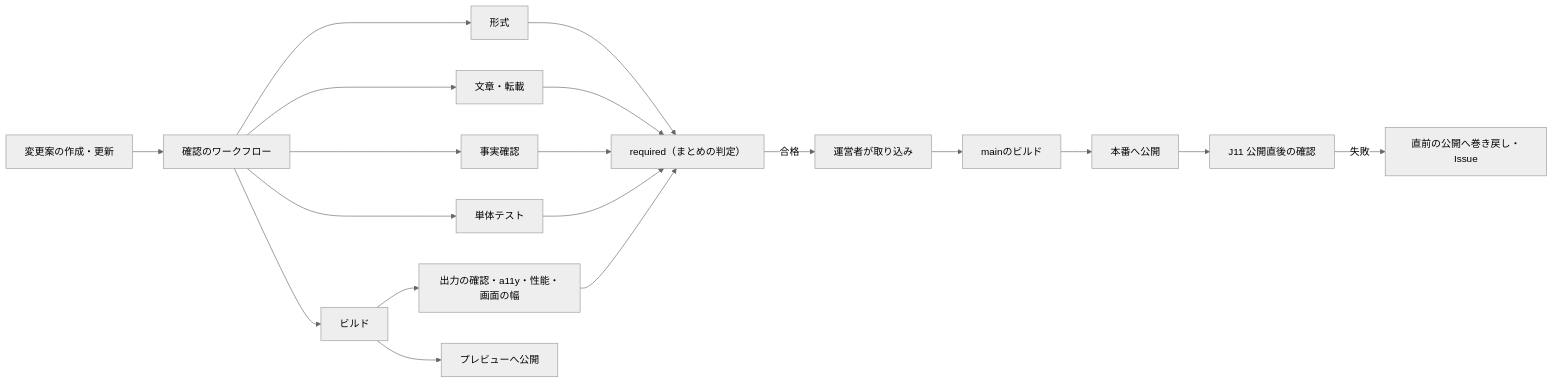
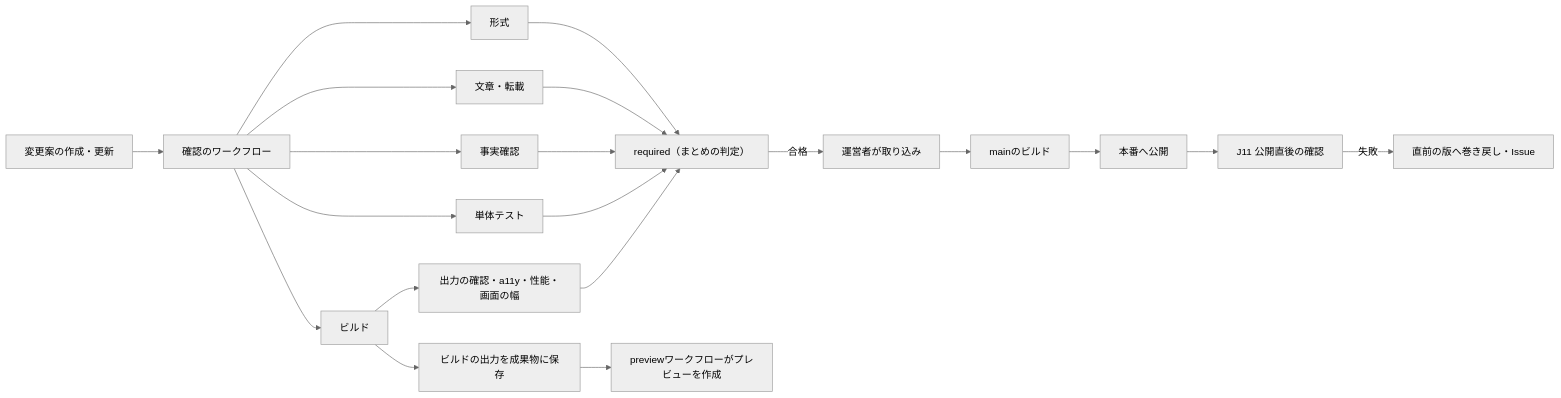
Before and after one commit to SemiCompass/semicompass: the fifth of 9 diagrams in docs/アーキテクチャ設計書_第1段階_第1.0版.md, drawn with Mermaid (neutral theme). The commit also changed other lines of this file and 2 other files, not shown here.

````diff
--- a/docs/アーキテクチャ設計書_第1段階_第1.0版.md
+++ b/docs/アーキテクチャ設計書_第1段階_第1.0版.md
@@ -252,17 +252,18 @@
 ```mermaid
 flowchart LR
   A[変更案の作成・更新] --> B[確認のワークフロー]
   B --> B1[形式]
   B --> B2[文章・転載]
   B --> B3[事実確認]
   B --> B4[単体テスト]
   B --> B5[ビルド]
   B5 --> B6[出力の確認・a11y・性能・画面の幅]
-  B5 --> P[プレビューへ公開]
+  B5 --> P[ビルドの出力を成果物に保存]
+  P --> PV[previewワークフローがプレビューを作成]
   B1 & B2 & B3 & B4 & B6 --> R[required（まとめの判定）]
   R -->|合格| M[運営者が取り込み]
   M --> C[mainのビルド]
   C --> D[本番へ公開]
   D --> E[J11 公開直後の確認]
-  E -->|失敗| F[直前の公開へ巻き戻し・Issue]
+  E -->|失敗| F[直前の版へ巻き戻し・Issue]
 ```
````
